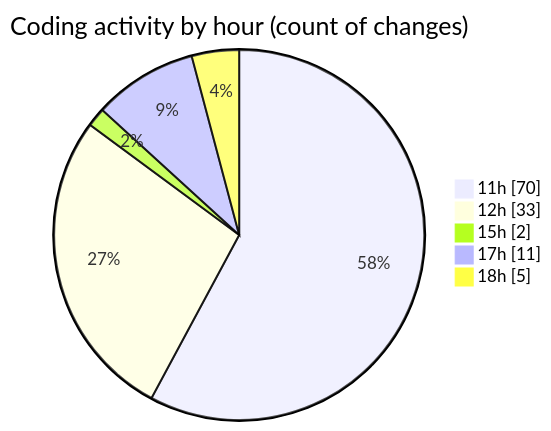
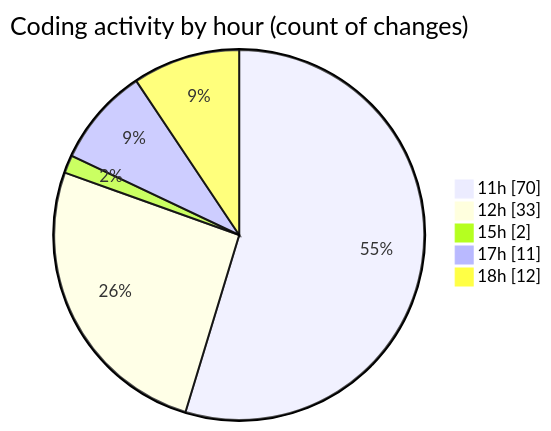
One commit to nxtqubesakshisongat/code-tracking changed the second of 2 diagrams in 2025-12-24/nxtqube_webapp/README.md. Above: the diagram before and after it, drawn with Mermaid. The commit also changed other lines of this file and 1 other file, not shown here.

````diff
--- a/2025-12-24/nxtqube_webapp/README.md
+++ b/2025-12-24/nxtqube_webapp/README.md
@@ -33,9 +33,9 @@
 ```mermaid
 pie showData
 title Coding activity by hour (count of changes)
 "11h" : 70
 "12h" : 33
 "15h" : 2
 "17h" : 11
-"18h" : 5
+"18h" : 12
 ```
````
